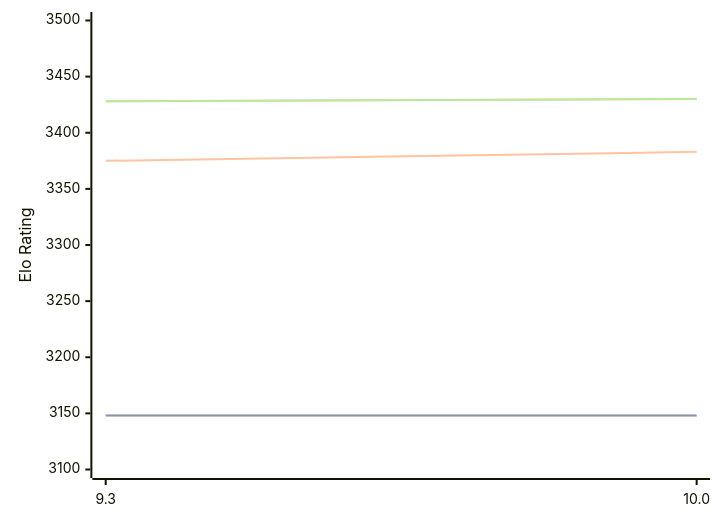
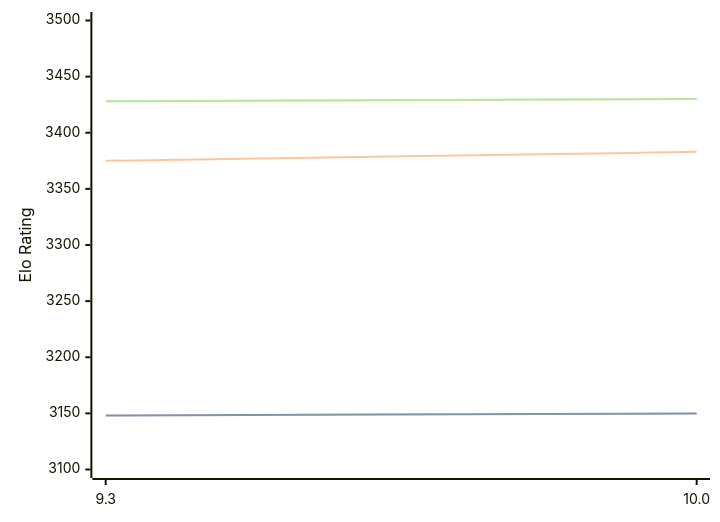
The diagram in engines/Fire.md (computer-chess-index/cci), drawn with Mermaid before and after one commit. The commit also changed other lines of this file, not shown here.

````diff
--- a/engines/Fire.md
+++ b/engines/Fire.md
@@ -32,11 +32,11 @@
 ```mermaid
 %%{init: {"theme":"base","themeVariables":{"seriesColors:['#a3a3a3','#222221','#faa371']}}}%%
 xychart-beta
   x-axis ["9.3", "10.0"]
   y-axis "Elo Rating" 3100 --> 3500
-  line "" [3148, 3148]
-  line "STC (8.0+0.08s)" [3148, 3148]
+  line "" [3148, 3150]
+  line "STC (8.0+0.08s)" [3148, 3150]
   line "LTC (60.0+0.60s)" [3375, 3383]
   line "" [3428, 3430]
   line "VLTC (2m24s+1.12s)" [3428, 3430]
 ```
````
